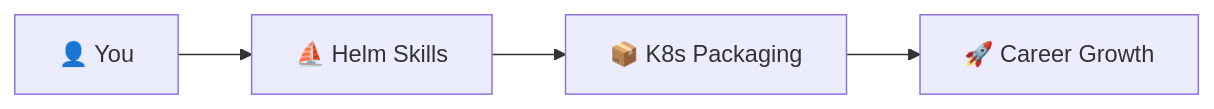
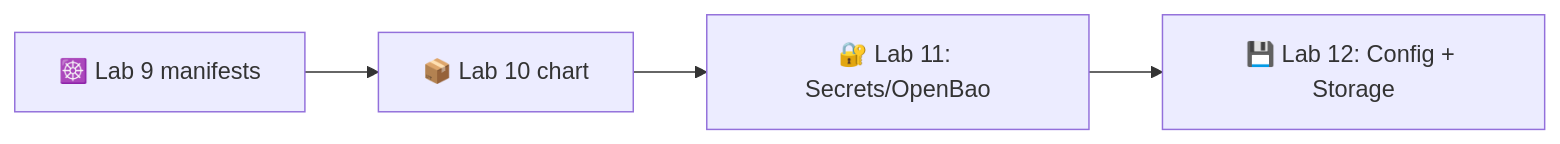
One commit to inno-devops-labs/DevOps-Core-Course changed the second of 2 diagrams in lectures/lec10.md. Above: the diagram before and after it, drawn with Mermaid. The commit also changed other lines of this file and 24 other files, not shown here.

````diff
--- a/lectures/lec10.md
+++ b/lectures/lec10.md
@@ -817,6 +435,6 @@
 ```mermaid
 flowchart LR
-  You[👤 You] --> Helm[⛵ Helm Skills]
-  Helm --> Packaging[📦 K8s Packaging]
-  Packaging --> Career[🚀 Career Growth]
+  Lab9[☸️ Lab 9 manifests] --> Lab10[📦 Lab 10 chart]
+  Lab10 --> Lab11[🔐 Lab 11: Secrets/OpenBao]
+  Lab11 --> Lab12[💾 Lab 12: Config + Storage]
 ```
````
